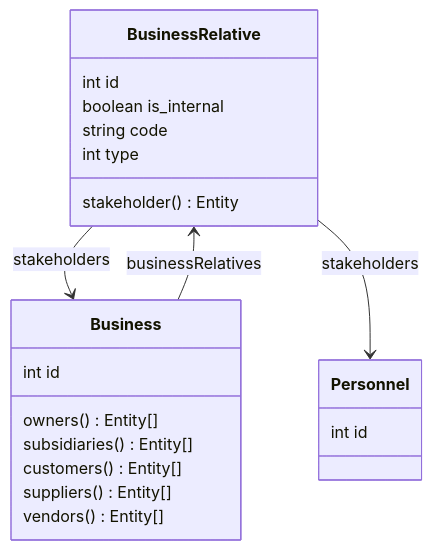
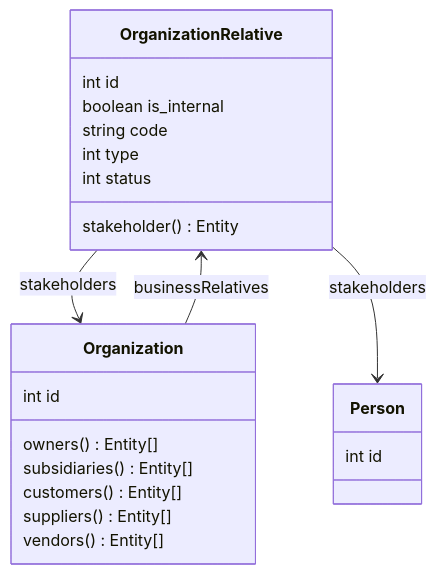
The third of 7 diagrams in database/README.md (creasico/laravel-base), drawn with Mermaid before and after one commit. The commit also changed other lines of this file and 98 other files, not shown here.

````diff
--- a/database/README.md
+++ b/database/README.md
@@ -193,25 +188,26 @@
 ```mermaid
 classDiagram
-     BusinessRelative --> Business : stakeholders
-     BusinessRelative --> Personnel : stakeholders
-     Business --> BusinessRelative : businessRelatives
+     OrganizationRelative --> Organization : stakeholders
+     OrganizationRelative --> Person : stakeholders
+     Organization --> OrganizationRelative : businessRelatives
 
-    class Business~Entity~ {
+    class Organization~Entity~ {
         int id
         owners() Entity[]
         subsidiaries() Entity[]
         customers() Entity[]
         suppliers() Entity[]
         vendors() Entity[]
     }
-    class Personnel~Entity~ {
+    class Person~Entity~ {
         int id
     }
-    class BusinessRelative {
+    class OrganizationRelative {
         int id
         boolean is_internal
         string code
         int type
+        int status
         stakeholder() Entity
     }
 ```
````
